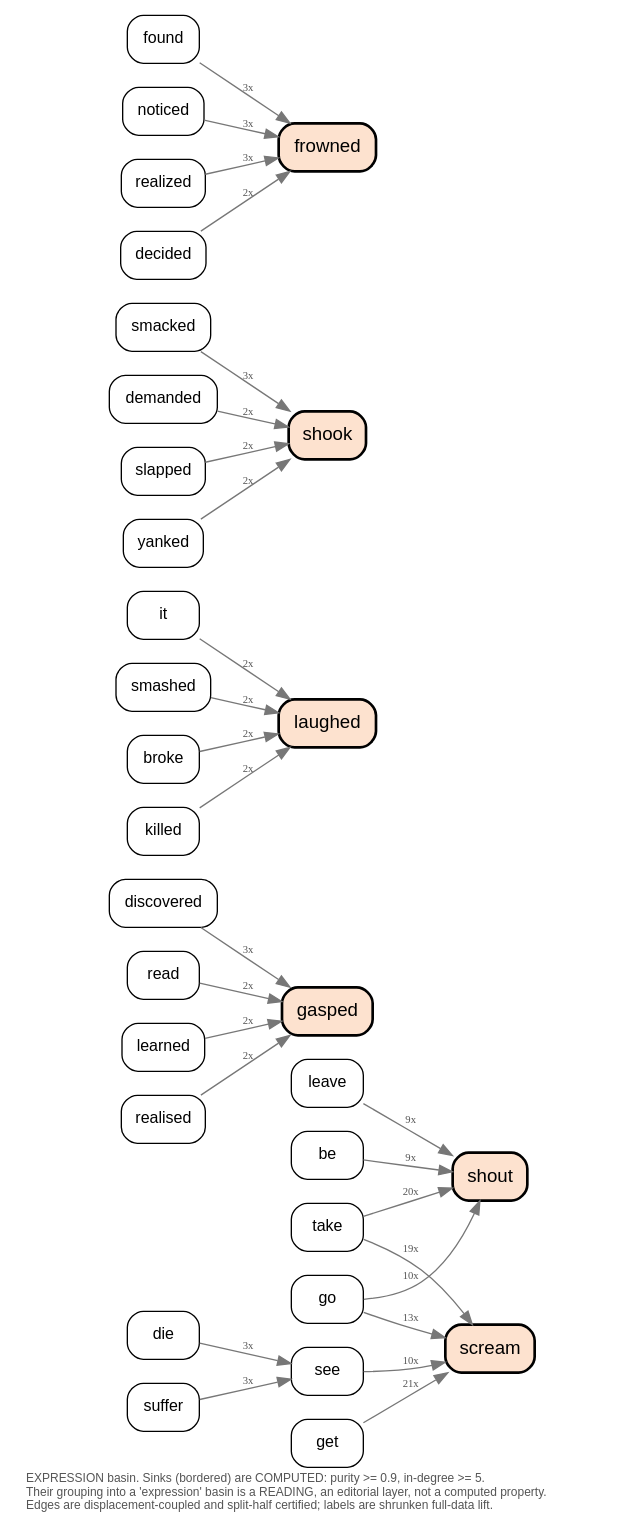
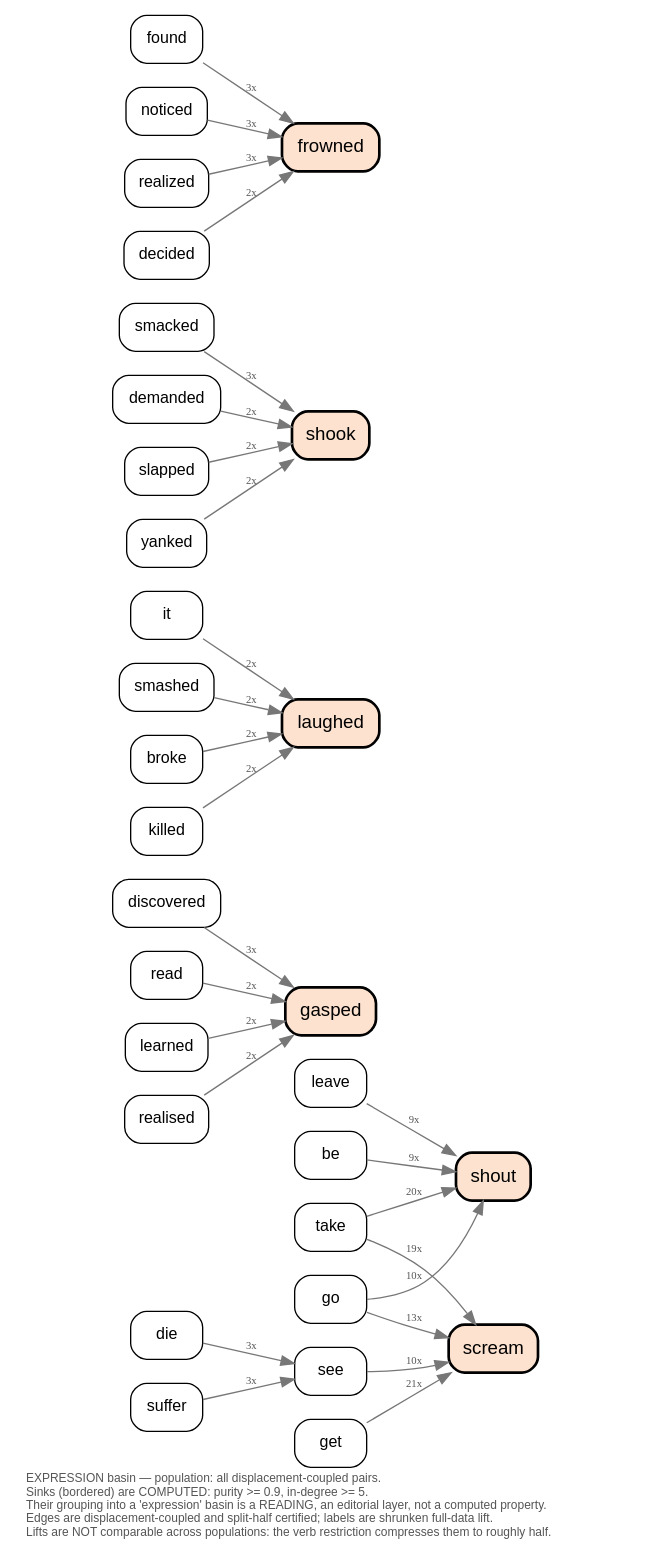
One commit to quadrismegistus/malign-logits changed the diagram in meta/M01_displacement/figures/displacement_basin_expression.dot. Above: the diagram before and after it, drawn with Graphviz. The commit also changed 29 other files, not shown here.

```diff
--- a/meta/M01_displacement/figures/displacement_basin_expression.dot
+++ b/meta/M01_displacement/figures/displacement_basin_expression.dot
@@ -1,43 +1,43 @@
 // expression basin watershed — sinks (computed: purity>=0.9,
 // in>=5) + top-6 feeders each + top-2 second-hop feeders.
 // All edges displacement-coupled and split-half certified.
 digraph basin {
   rankdir=LR; node [shape=box, style="rounded,filled",
     fillcolor=white, fontname="Helvetica", fontsize=12];
   edge [fontsize=8, color="#777777", fontcolor="#555555"];
   labelloc="b"; labeljust="l"; fontname="Helvetica"; fontsize=9;
   fontcolor="#555555";
-  label="EXPRESSION basin. Sinks (bordered) are COMPUTED: purity >= 0.9, in-degree >= 5.\lTheir grouping into a 'expression' basin is a READING, an editorial layer, not a computed property.\lEdges are displacement-coupled and split-half certified; labels are shrunken full-data lift.\l";
+  label="EXPRESSION basin — population: all displacement-coupled pairs.\lSinks (bordered) are COMPUTED: purity >= 0.9, in-degree >= 5.\lTheir grouping into a 'expression' basin is a READING, an editorial layer, not a computed property.\lEdges are displacement-coupled and split-half certified; labels are shrunken full-data lift.\lLifts are NOT comparable across populations: the verb restriction compresses them to roughly half.\l";
   "shout" [fillcolor="#fde2cf", penwidth=2, fontsize=14];
   "scream" [fillcolor="#fde2cf", penwidth=2, fontsize=14];
   "gasped" [fillcolor="#fde2cf", penwidth=2, fontsize=14];
   "laughed" [fillcolor="#fde2cf", penwidth=2, fontsize=14];
   "shook" [fillcolor="#fde2cf", penwidth=2, fontsize=14];
   "frowned" [fillcolor="#fde2cf", penwidth=2, fontsize=14];
   "get" -> "scream" [label="21x"];
   "take" -> "shout" [label="20x"];
   "take" -> "scream" [label="19x"];
   "go" -> "scream" [label="13x"];
   "see" -> "scream" [label="10x"];
   "go" -> "shout" [label="10x"];
   "leave" -> "shout" [label="9x"];
   "be" -> "shout" [label="9x"];
   "found" -> "frowned" [label="3x"];
   "noticed" -> "frowned" [label="3x"];
   "discovered" -> "gasped" [label="3x"];
   "realized" -> "frowned" [label="3x"];
   "smacked" -> "shook" [label="3x"];
   "decided" -> "frowned" [label="2x"];
   "read" -> "gasped" [label="2x"];
   "demanded" -> "shook" [label="2x"];
   "learned" -> "gasped" [label="2x"];
   "slapped" -> "shook" [label="2x"];
   "yanked" -> "shook" [label="2x"];
   "realised" -> "gasped" [label="2x"];
   "it" -> "laughed" [label="2x"];
   "smashed" -> "laughed" [label="2x"];
   "broke" -> "laughed" [label="2x"];
   "killed" -> "laughed" [label="2x"];
   "die" -> "see" [label="3x"];
   "suffer" -> "see" [label="3x"];
 }
```
